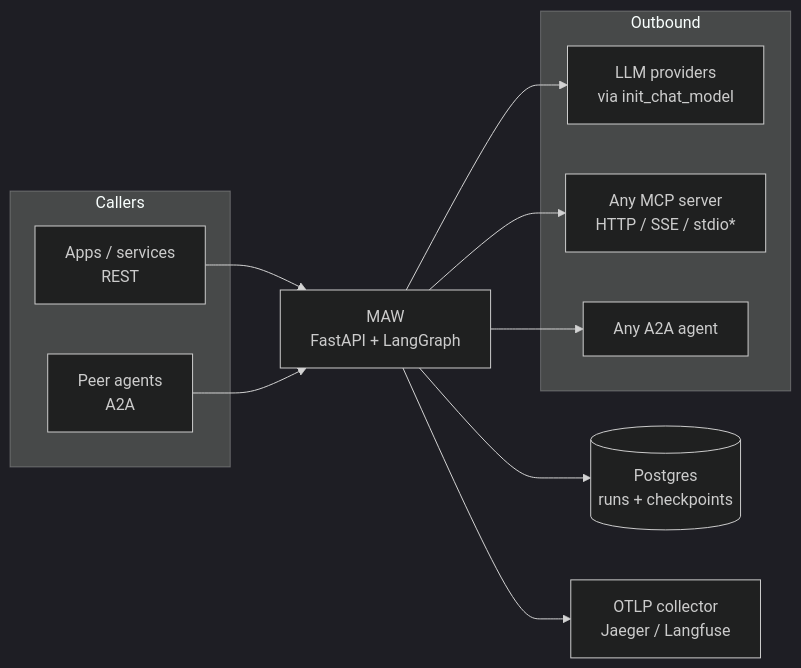
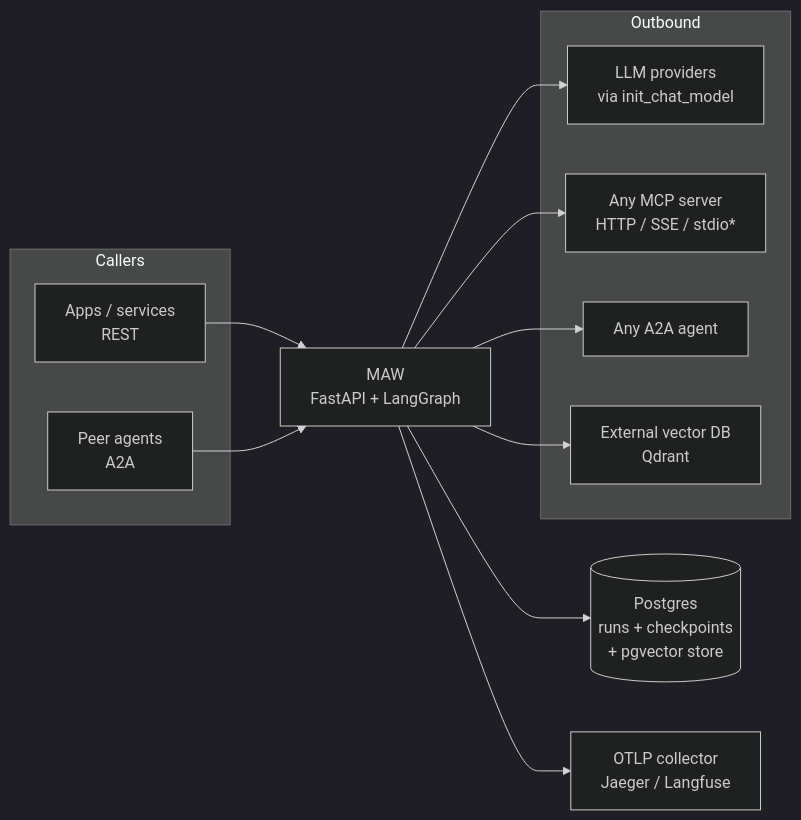
One commit to dinup07/maw-api changed the first of 2 diagrams in docs/ARCHITECTURE.md. Above: the diagram before and after it, drawn with Mermaid (dark theme). The commit also changed other lines of this file and 6 other files, not shown here.

````diff
--- a/docs/ARCHITECTURE.md
+++ b/docs/ARCHITECTURE.md
@@ -5,20 +5,21 @@
 ```mermaid
 flowchart LR
     subgraph Callers
         app[Apps / services<br/>REST]
         peer[Peer agents<br/>A2A]
     end
     maw[MAW<br/>FastAPI + LangGraph]
     subgraph Outbound
         llm[LLM providers<br/>via init_chat_model]
         mcp[Any MCP server<br/>HTTP / SSE / stdio*]
         agents[Any A2A agent]
+        vdb[External vector DB<br/>Qdrant]
     end
-    pg[(Postgres<br/>runs + checkpoints)]
+    pg[(Postgres<br/>runs + checkpoints<br/>+ pgvector store)]
     otel[OTLP collector<br/>Jaeger / Langfuse]
     app --> maw
     peer --> maw
-    maw --> llm & mcp & agents
+    maw --> llm & mcp & agents & vdb
     maw --> pg
     maw --> otel
 ```
````
